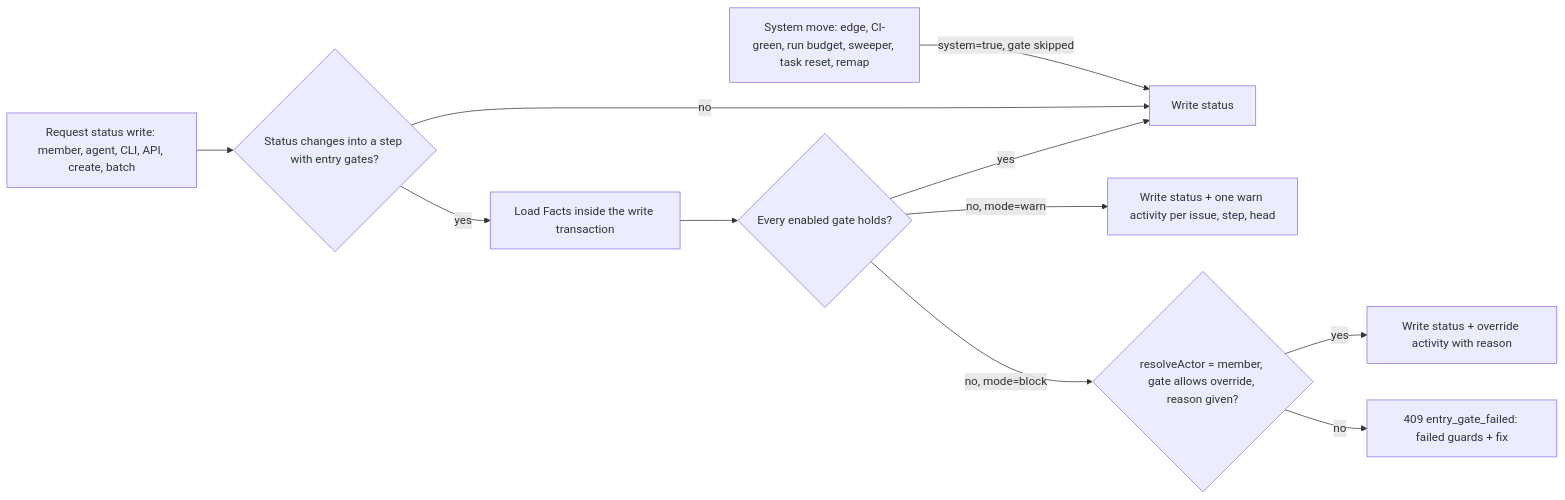
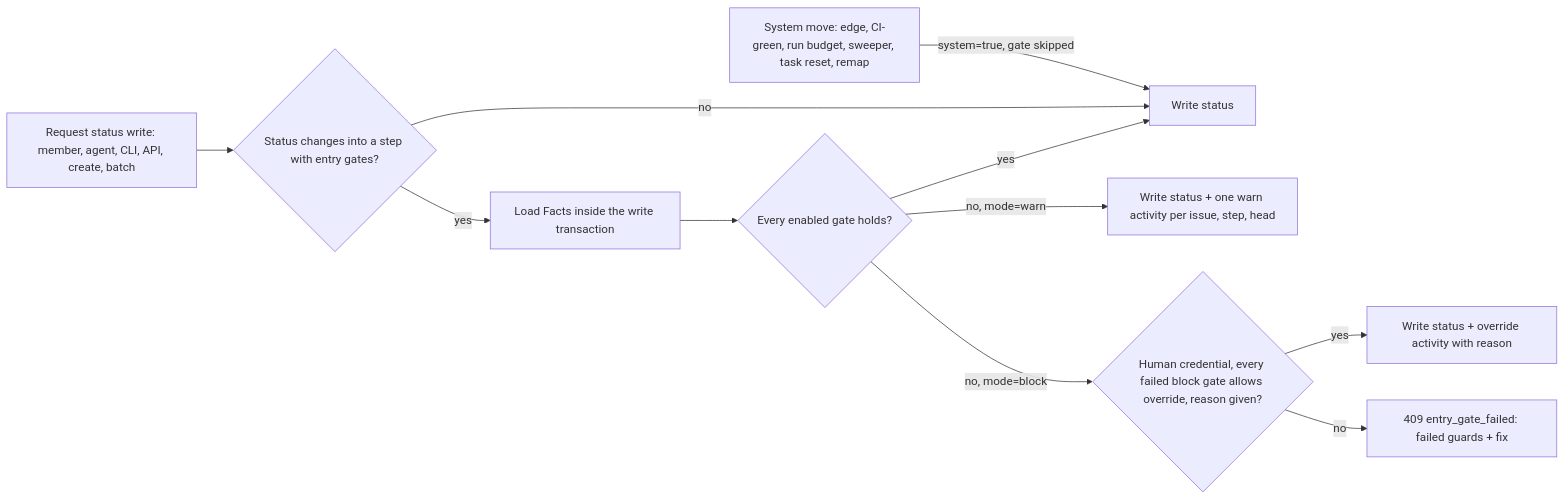
Before and after one commit to cheese-work/multica: the diagram in docs/plans/CHE-2295-entry-gates.md, drawn with Mermaid. The commit also changed other lines of this file, not shown here.

Commit message:
docs(plans): fix entry-gate override auth and terminal PR guards (CHE-2531)

````diff
--- a/docs/plans/CHE-2295-entry-gates.md
+++ b/docs/plans/CHE-2295-entry-gates.md
@@ -39,13 +39,13 @@
 ```mermaid
 flowchart LR
   M["Request status write: member, agent, CLI, API, create, batch"] --> C{"Status changes into a step with entry gates?"}
   S["System move: edge, CI-green, run budget, sweeper, task reset, remap"] -- "system=true, gate skipped" --> OK
   C -- no --> OK["Write status"]
   C -- yes --> F["Load Facts inside the write transaction"]
   F --> G{"Every enabled gate holds?"}
   G -- yes --> OK
   G -- "no, mode=warn" --> W["Write status + one warn activity per issue, step, head"]
-  G -- "no, mode=block" --> O{"resolveActor = member, gate allows override, reason given?"}
+  G -- "no, mode=block" --> O{"Human credential, every failed block gate allows override, reason given?"}
   O -- yes --> OK2["Write status + override activity with reason"]
   O -- no --> B["409 entry_gate_failed: failed guards + fix"]
 ```
````
